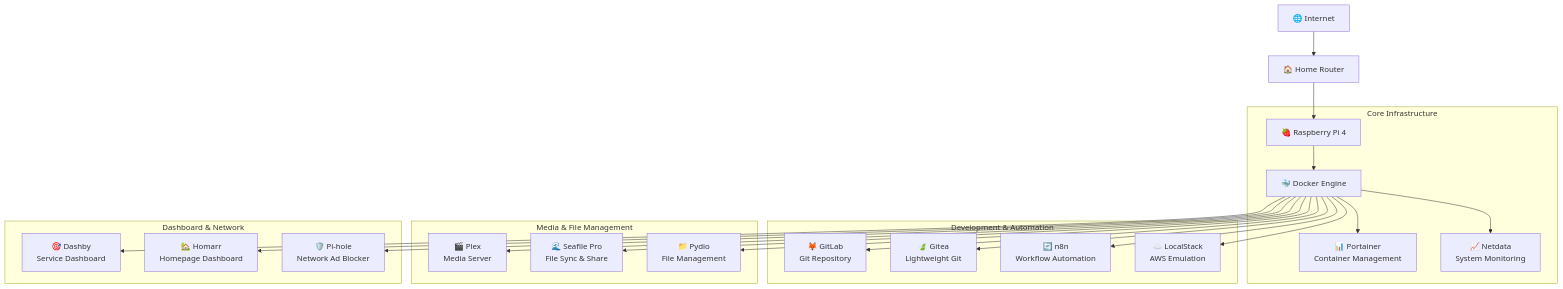
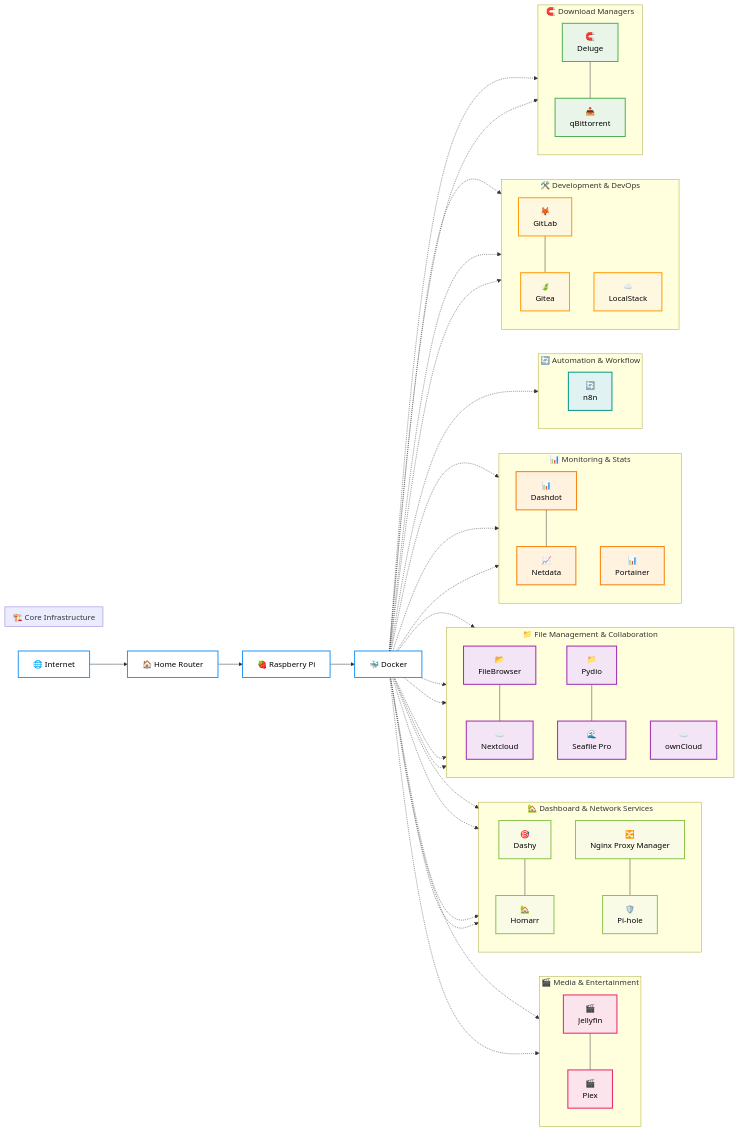
Before and after one commit to Thre4dripper/Home-Server-Lab: the diagram in README.md, drawn with Mermaid. The commit also changed other lines of this file, not shown here.

Commit message:
🤖 Auto-update services documentation
- Updated service tables and categories
- Synchronized with service README metadata
- Generated by GitHub Actions workflow

````diff
--- a/README.md
+++ b/README.md
@@ -22,30 +36,120 @@
 ```mermaid
-graph TB
-    Internet[🌐 Internet] --> Router[🏠 Home Router]
-    Router --> RPI[🍓 Raspberry Pi 4]
+graph LR
+    Internet[🌐 Internet]
+    Router[🏠 Home Router]
+    RPI[🍓 Raspberry Pi]
+    Docker[🐳 Docker]
     
-    subgraph "Core Infrastructure"
-        RPI --> Docker[🐳 Docker Engine]
-        Docker --> Portainer[📊 Portainer<br/>Container Management]
-        Docker --> Netdata[📈 Netdata<br/>System Monitoring]
+    Internet --> Router
+    Router --> RPI
+    RPI --> Docker
+    
+    %% Core Infrastructure
+    subgraph Core["🏗️ Core Infrastructure"]
+        direction TB
     end
+
+
+    %% 🎬 Media & Entertainment
+    subgraph MediaEntertainment["🎬 Media & Entertainment"]
+        direction TB
+        Jellyfin[🎬<br/>Jellyfin]
+        Plex[🎬<br/>Plex]
+        Jellyfin --- Plex
+    end
+    Docker -.-> Jellyfin
+    Docker -.-> Plex
+
+    %% 🏡 Dashboard & Network Services
+    subgraph DashboardNetworkServices["🏡 Dashboard & Network Services"]
+        direction TB
+        Dashy[🎯<br/>Dashy]
+        Homarr[🏡<br/>Homarr]
+        Nginxui[🔀<br/>Nginx Proxy Manager]
+        Pihole[🛡️<br/>Pi-hole]
+        Dashy --- Homarr
+        Nginxui --- Pihole
+    end
+    Docker -.-> Dashy
+    Docker -.-> Homarr
+    Docker -.-> Nginxui
+    Docker -.-> Pihole
+
+    %% 📁 File Management & Collaboration
+    subgraph FileManagementCollaboration["📁 File Management & Collaboration"]
+        direction TB
+        Filebrowser[📂<br/>FileBrowser]
+        Nextcloud[☁️<br/>Nextcloud]
+        Pydio[📁<br/>Pydio]
+        Seafile[🌊<br/>Seafile Pro]
+        Owncloud[☁️<br/>ownCloud]
+        Filebrowser --- Nextcloud
+        Pydio --- Seafile
+    end
+    Docker -.-> Filebrowser
+    Docker -.-> Nextcloud
+    Docker -.-> Pydio
+    Docker -.-> Seafile
+    Docker -.-> Owncloud
+
+    %% 📊 Monitoring & Stats
+    subgraph MonitoringStats["📊 Monitoring & Stats"]
+        direction TB
+        Dashdot[📊<br/>Dashdot]
+        Netdata[📈<br/>Netdata]
+        Portainer[📊<br/>Portainer]
+        Dashdot --- Netdata
+    end
+    Docker -.-> Dashdot
+    Docker -.-> Netdata
+    Docker -.-> Portainer
+
+    %% 🔄 Automation & Workflow
+    subgraph AutomationWorkflow["🔄 Automation & Workflow"]
+        direction TB
+        N8N[🔄<br/>n8n]
+    end
+    Docker -.-> N8N
+
+    %% 🛠️ Development & DevOps
+    subgraph DevelopmentDevOps["🛠️ Development & DevOps"]
+        direction TB
+        Gitlab[🦊<br/>GitLab]
+        Gitea[🍃<br/>Gitea]
+        Localstack[☁️<br/>LocalStack]
+        Gitlab --- Gitea
+    end
+    Docker -.-> Gitlab
+    Docker -.-> Gitea
+    Docker -.-> Localstack
+
+    %% 🧲 Download Managers
+    subgraph DownloadManagers["🧲 Download Managers"]
+        direction TB
+        Deluge[🧲<br/>Deluge]
+        Qbittorrent[📥<br/>qBittorrent]
+        Deluge --- Qbittorrent
+    end
+    Docker -.-> Deluge
+    Docker -.-> Qbittorrent
+
+    %% Custom Styling for better visibility and contrast
+    classDef coreInfra fill:#ffffff,stroke:#2196f3,stroke-width:2px,color:#000000
+    classDef infraNode fill:#e3f2fd,stroke:#1976d2,stroke-width:2px,color:#000000
+    classDef monitoringNode fill:#fff3e0,stroke:#f57c00,stroke-width:2px,color:#000000
+    classDef downloadNode fill:#e8f5e8,stroke:#4caf50,stroke-width:2px,color:#000000
+    classDef mediaNode fill:#fce4ec,stroke:#e91e63,stroke-width:2px,color:#000000
+    classDef nasNode fill:#f3e5f5,stroke:#9c27b0,stroke-width:2px,color:#000000
+    classDef automationNode fill:#e0f2f1,stroke:#009688,stroke-width:2px,color:#000000
+    classDef devNode fill:#fff8e1,stroke:#ff9800,stroke-width:2px,color:#000000
+    classDef dashNode fill:#f9fbe7,stroke:#8bc34a,stroke-width:2px,color:#000000
     
-    subgraph "Development & Automation"
-        Docker --> GitLab[🦊 GitLab<br/>Git Repository]
-        Docker --> Gitea[🍃 Gitea<br/>Lightweight Git]
-        Docker --> N8N[🔄 n8n<br/>Workflow Automation]
-        Docker --> LocalStack[☁️ LocalStack<br/>AWS Emulation]
-    end
-    
-    subgraph "Media & File Management"
-        Docker --> Plex[🎬 Plex<br/>Media Server]
-        Docker --> Seafile[🌊 Seafile Pro<br/>File Sync & Share]
-        Docker --> Pydio[📁 Pydio<br/>File Management]
-    end
-    
-    subgraph "Dashboard & Network"
-        Docker --> Dashby[🎯 Dashby<br/>Service Dashboard]
-        Docker --> Homarr[🏡 Homarr<br/>Homepage Dashboard]
-        Docker --> PiHole[🛡️ Pi-hole<br/>Network Ad Blocker]
-    end
+    class Internet,Router,RPI,Docker coreInfra
+    class Jellyfin,Plex mediaNode
+    class Dashy,Homarr,Nginxui,Pihole dashNode
+    class Filebrowser,Nextcloud,Pydio,Seafile,Owncloud nasNode
+    class Dashdot,Netdata,Portainer monitoringNode
+    class N8N automationNode
+    class Gitlab,Gitea,Localstack devNode
+    class Deluge,Qbittorrent downloadNode
 ```
````
